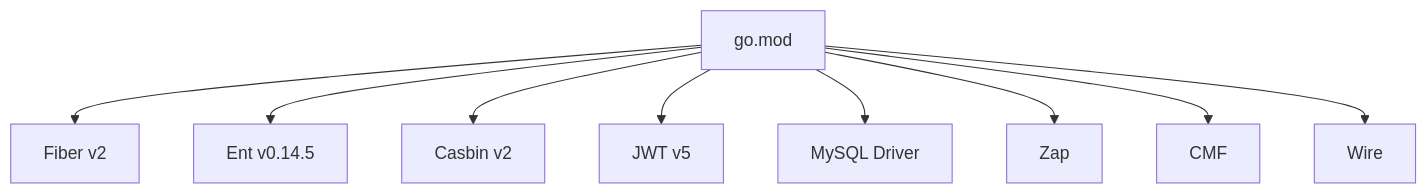
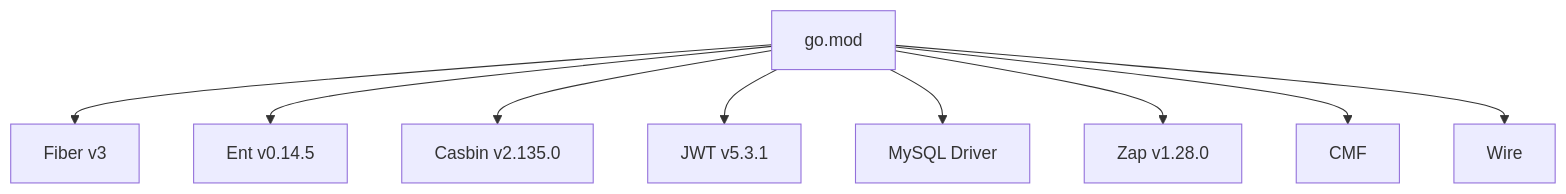
Before and after one commit to wuwuseo/e-sports-go-admin: the fourth of 4 diagrams in .qoder/repowiki/zh/content/快速开始.md, drawn with Mermaid. The commit also changed other lines of this file and 42 other files, not shown here.

````diff
--- a/.qoder/repowiki/zh/content/快速开始.md
+++ b/.qoder/repowiki/zh/content/快速开始.md
@@ -228,11 +228,11 @@
 ```mermaid
 graph TB
-M["go.mod"] --> F["Fiber v2"]
+M["go.mod"] --> F["Fiber v3"]
 M --> E["Ent v0.14.5"]
-M --> C["Casbin v2"]
-M --> J["JWT v5"]
+M --> C["Casbin v2.135.0"]
+M --> J["JWT v5.3.1"]
 M --> MS["MySQL Driver"]
-M --> Z["Zap"]
+M --> Z["Zap v1.28.0"]
 M --> CMF["CMF"]
 M --> W["Wire"]
 ```
````
